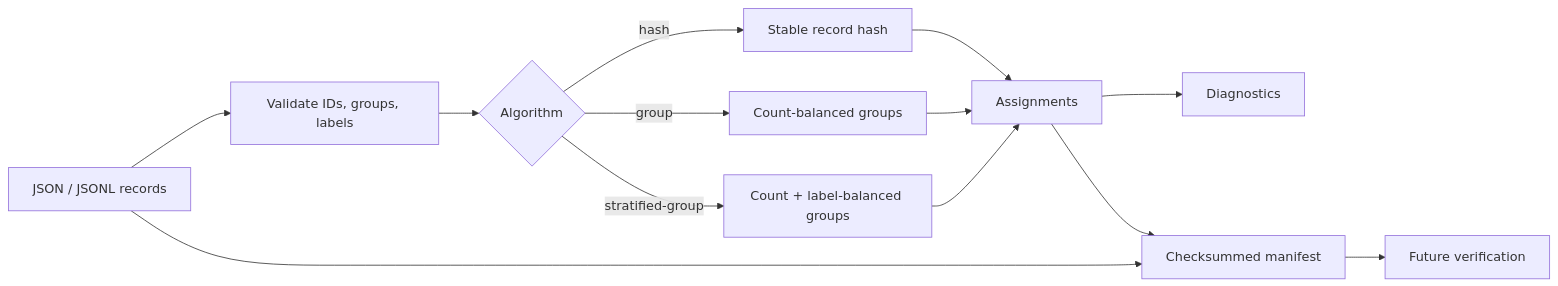
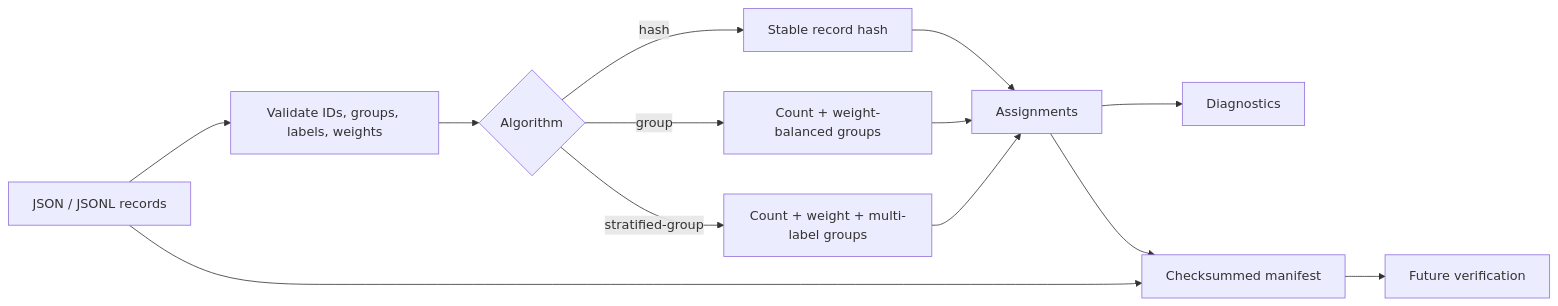
The diagram in README.md (appleweiping/splitproof), drawn with Mermaid before and after one commit. The commit also changed other lines of this file and 42 other files, not shown here.

````diff
--- a/README.md
+++ b/README.md
@@ -31,15 +37,15 @@
 ```mermaid
 flowchart LR
-    A[JSON / JSONL records] --> B[Validate IDs, groups, labels]
+    A[JSON / JSONL records] --> B[Validate IDs, groups, labels, weights]
     B --> C{Algorithm}
     C -->|hash| D[Stable record hash]
-    C -->|group| E[Count-balanced groups]
-    C -->|stratified-group| F[Count + label-balanced groups]
+    C -->|group| E[Count + weight-balanced groups]
+    C -->|stratified-group| F[Count + weight + multi-label groups]
     D --> G[Assignments]
     E --> G
     F --> G
     G --> H[Diagnostics]
     G --> I[Checksummed manifest]
     A --> I
     I --> J[Future verification]
 ```
````
